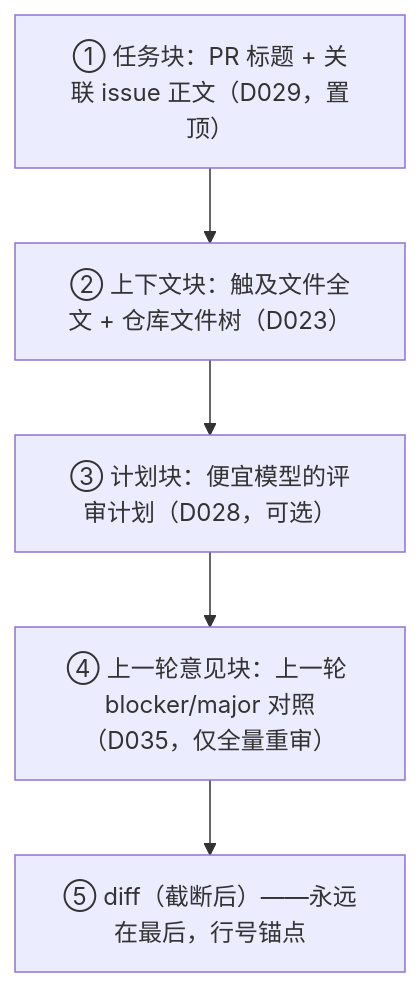
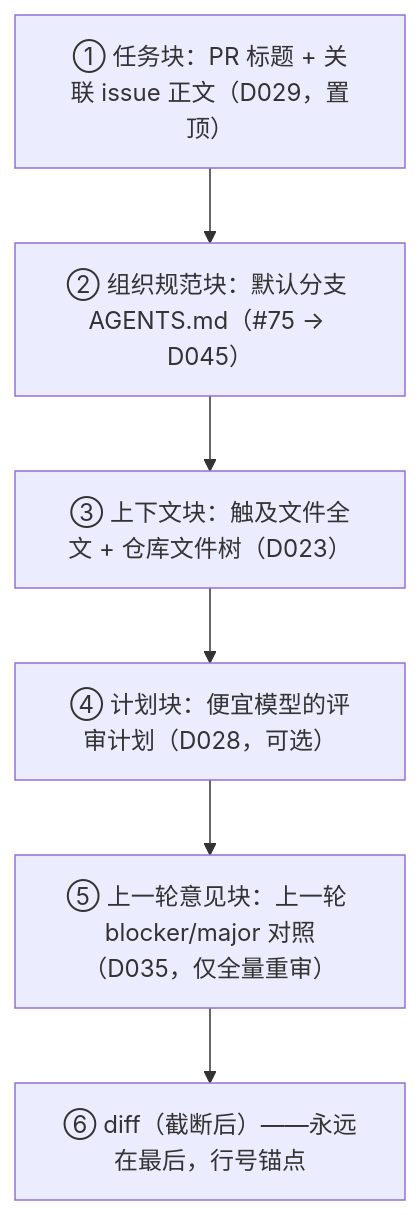
Before and after one commit to blingblingredstar/pr-review-agent: the second of 3 diagrams in docs/architecture.md, drawn with Mermaid. The commit also changed other lines of this file and 20 other files, not shown here.

First line of the commit message:
feat: AGENTS.md 组织标准注入——默认分支 trust 边界 + 注入面三层缓解（#75 → D045） (#156)

````diff
--- a/docs/architecture.md
+++ b/docs/architecture.md
@@ -66,9 +67,10 @@
 ```mermaid
 flowchart TB
     T["① 任务块：PR 标题 + 关联 issue 正文（D029，置顶）"]
-    C["② 上下文块：触及文件全文 + 仓库文件树（D023）"]
-    P["③ 计划块：便宜模型的评审计划（D028，可选）"]
-    F["④ 上一轮意见块：上一轮 blocker/major 对照（D035，仅全量重审）"]
-    D["⑤ diff（截断后）——永远在最后，行号锚点"]
-    T --> C --> P --> F --> D
+    A["② 组织规范块：默认分支 AGENTS.md（#75 → D045）"]
+    C["③ 上下文块：触及文件全文 + 仓库文件树（D023）"]
+    P["④ 计划块：便宜模型的评审计划（D028，可选）"]
+    F["⑤ 上一轮意见块：上一轮 blocker/major 对照（D035，仅全量重审）"]
+    D["⑥ diff（截断后）——永远在最后，行号锚点"]
+    T --> A --> C --> P --> F --> D
 ```
````
